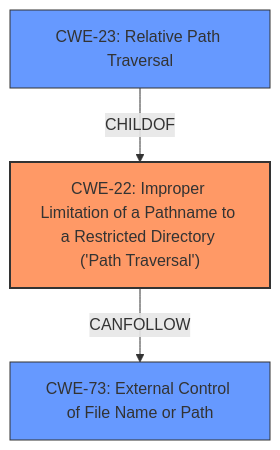
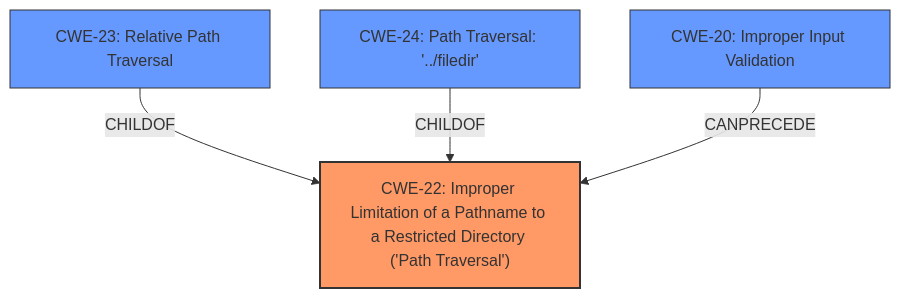
The diagram in CVE-2021-41773/CVE-2021-41773_analysis.md (CyberSecAI/cwe_agent_assign_reports_2023), drawn with Mermaid before and after one commit. The commit also changed other lines of this file and 902 other files, not shown here.

````diff
--- a/CVE-2021-41773/CVE-2021-41773_analysis.md
+++ b/CVE-2021-41773/CVE-2021-41773_analysis.md
@@ -18,14 +17,16 @@
 ```mermaid
 graph TD
     cwe22["CWE-22: Improper Limitation of a Pathname to a Restricted Directory ('Path Traversal')"]
     cwe23["CWE-23: Relative Path Traversal"]
-    cwe73["CWE-73: External Control of File Name or Path"]
+    cwe24["CWE-24: Path Traversal: '../filedir'"]
+    cwe20["CWE-20: Improper Input Validation"]
 
     cwe23 -->|CHILDOF| cwe22
-    cwe22 -->|CANFOLLOW| cwe73
+    cwe24 -->|CHILDOF| cwe22
+    cwe20 -->|CANPRECEDE| cwe22
 
     classDef primary fill:#f96,stroke:#333,stroke-width:2px
     classDef secondary fill:#69f,stroke:#333
     class cwe22 primary
-    class cwe23,cwe73 secondary
+    class cwe20,cwe23,cwe24 secondary
 ```
````
